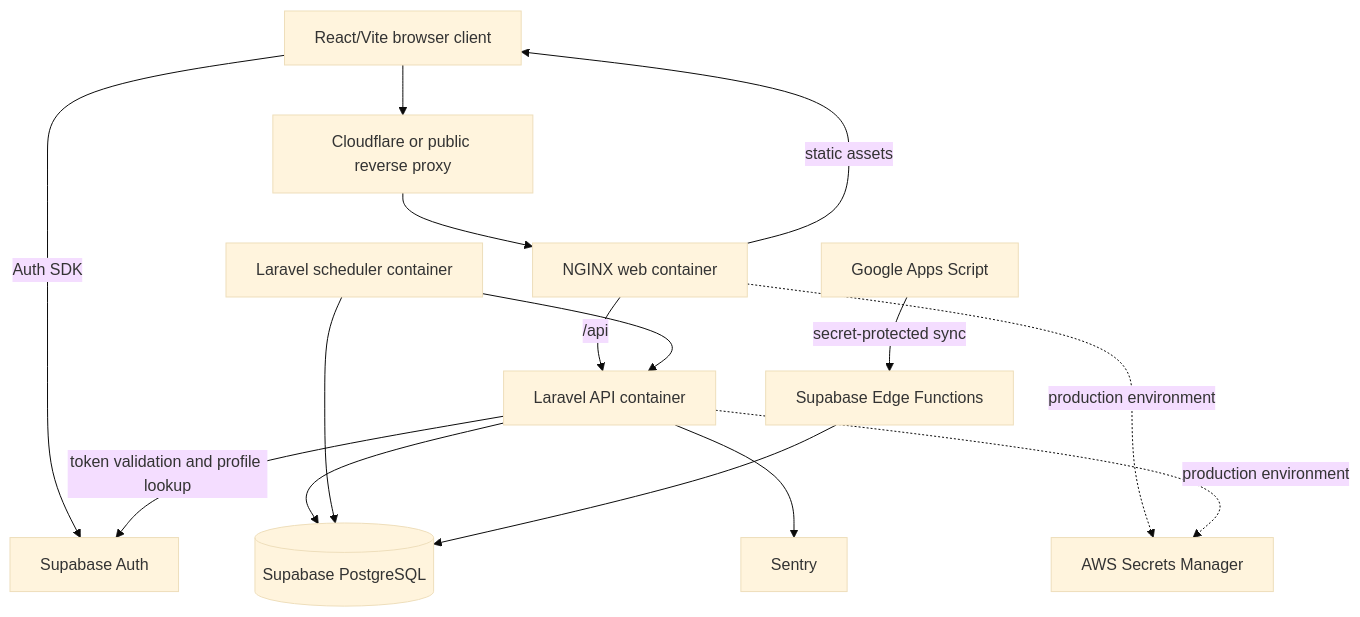
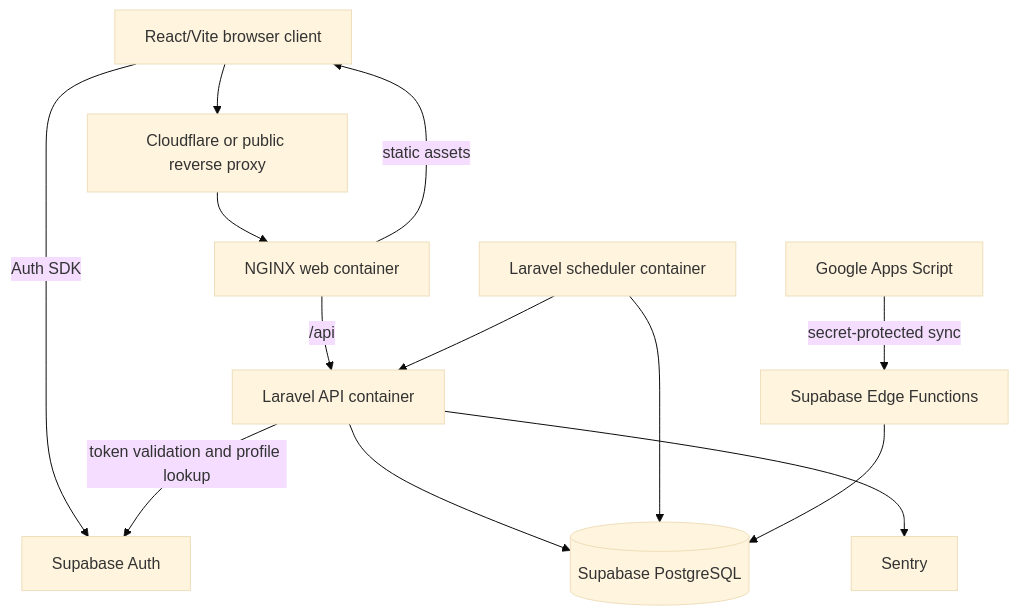
The first of 3 diagrams in docs/architecture/system-design.md (fernandezromarkbspsy-cmyk/GitLab-Mirror), drawn with Mermaid (base theme) before and after one commit. The commit also changed other lines of this file and 24 other files, not shown here.

````diff
--- a/docs/architecture/system-design.md
+++ b/docs/architecture/system-design.md
@@ -22,29 +22,26 @@
 ```mermaid
 flowchart TD
     Browser[React/Vite browser client]
     Edge[Cloudflare or public reverse proxy]
     Web[NGINX web container]
     Api[Laravel API container]
     Scheduler[Laravel scheduler container]
     Db[(Supabase PostgreSQL)]
     Auth[Supabase Auth]
     Functions[Supabase Edge Functions]
     Source[Google Apps Script]
     Sentry[Sentry]
-    Secrets[AWS Secrets Manager]
 
     Browser --> Edge
     Edge --> Web
     Web -->|static assets| Browser
     Web -->|/api| Api
     Browser -->|Auth SDK| Auth
     Api -->|token validation and profile lookup| Auth
     Api --> Db
     Scheduler --> Api
     Scheduler --> Db
     Source -->|secret-protected sync| Functions
     Functions --> Db
     Api --> Sentry
-    Web -. production environment .-> Secrets
-    Api -. production environment .-> Secrets
 ```
````
